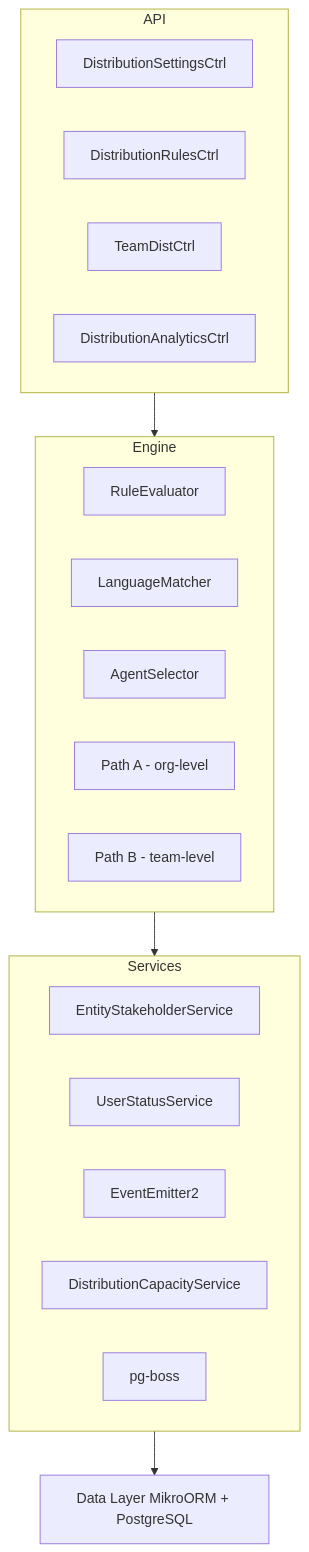
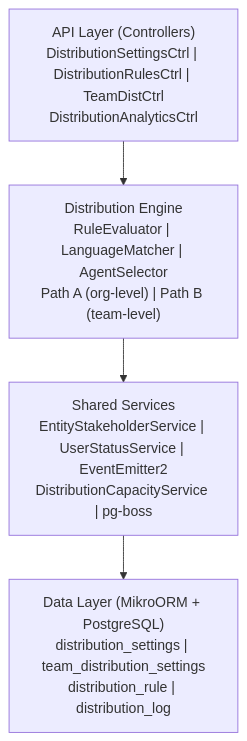
The diagram in backend/crm/distribution-module-specification-final.mdx (tech-propwise-org/docs), drawn with Mermaid before and after one commit. The commit also changed other lines of this file and 40 other files, not shown here.

````diff
--- a/backend/crm/distribution-module-specification-final.mdx
+++ b/backend/crm/distribution-module-specification-final.mdx
@@ -56,29 +58,14 @@
 ```mermaid
 graph TB
-    API[API Layer Controllers] --> Engine[Distribution Engine]
-    Engine --> Services[Shared Services]
-    Services --> Data[Data Layer MikroORM + PostgreSQL]
+    API["API Layer (Controllers)<br/>DistributionSettingsCtrl | DistributionRulesCtrl | TeamDistCtrl<br/>DistributionAnalyticsCtrl"]
     
-    subgraph API
-        DSC[DistributionSettingsCtrl]
-        DRC[DistributionRulesCtrl] 
-        TDC[TeamDistCtrl]
-        DAC[DistributionAnalyticsCtrl]
-    end
+    ENGINE["Distribution Engine<br/>RuleEvaluator | LanguageMatcher | AgentSelector<br/>Path A (org-level) | Path B (team-level)"]
     
-    subgraph Engine
-        RE[RuleEvaluator]
-        LM[LanguageMatcher]
-        AS[AgentSelector]
-        PA[Path A - org-level]
-        PB[Path B - team-level]
-    end
+    SERVICES["Shared Services<br/>EntityStakeholderService | UserStatusService | EventEmitter2<br/>DistributionCapacityService | pg-boss"]
     
-    subgraph Services
-        ESS[EntityStakeholderService]
-        USS[UserStatusService]
-        EE[EventEmitter2]
-        DCS[DistributionCapacityService]
-        PGB[pg-boss]
-    end
+    DATA["Data Layer (MikroORM + PostgreSQL)<br/>distribution_settings | team_distribution_settings<br/>distribution_rule | distribution_log"]
+    
+    API --> ENGINE
+    ENGINE --> SERVICES
+    SERVICES --> DATA
 ```
````
